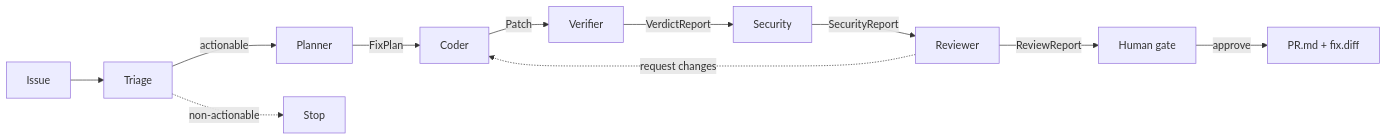
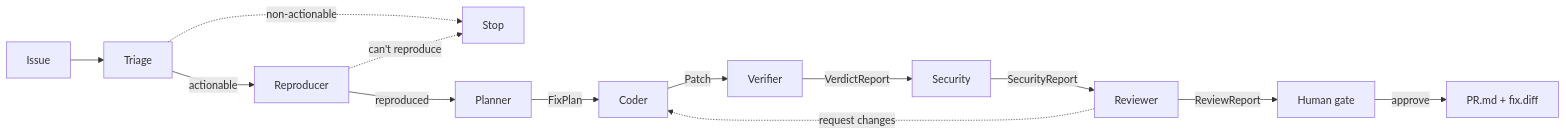
The diagram in README.md (trustband/trustband), drawn with Mermaid before and after one commit. The commit also changed other lines of this file and 17 other files, not shown here.

````diff
--- a/README.md
+++ b/README.md
@@ -21,13 +21,15 @@
 ```mermaid
 flowchart LR
     I[Issue] --> T[Triage]
-    T -->|actionable| P[Planner]
+    T -->|actionable| RP[Reproducer]
     T -. non-actionable .-> X[Stop]
+    RP -->|reproduced| P[Planner]
+    RP -. can't reproduce .-> X
     P -->|FixPlan| C[Coder]
     C -->|Patch| V[Verifier]
     V -->|VerdictReport| S[Security]
     S -->|SecurityReport| R[Reviewer]
     R -->|ReviewReport| H[Human gate]
     R -. request changes .-> C
     H -->|approve| PR[PR.md + fix.diff]
 ```
````
